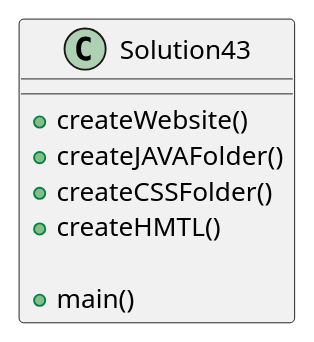
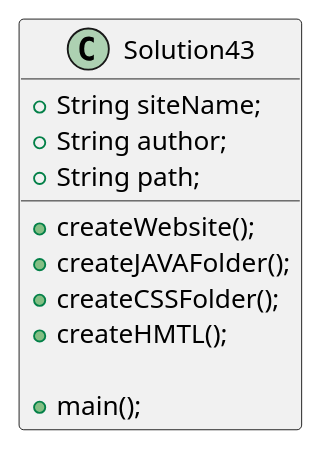
Before and after one commit to Fed-Abreu/AbreuSeymour-a04: the diagram in exercise43/docs/Solution43UML.puml, drawn with PlantUML. The commit also changed 6 other files, not shown here.

```diff
--- a/exercise43/docs/Solution43UML.puml
+++ b/exercise43/docs/Solution43UML.puml
@@ -1,13 +1,17 @@
 @startuml
 'https://plantuml.com/class-diagram
 
 class Solution43{
-+createWebsite()
-+createJAVAFolder()
-+createCSSFolder()
-+createHMTL()
+    +String siteName;
+    +String author;
+    +String path;
 
-+main()
+    +createWebsite();
+    +createJAVAFolder();
+    +createCSSFolder();
+    +createHMTL();
+
+    +main();
 
 }
 @enduml
```
